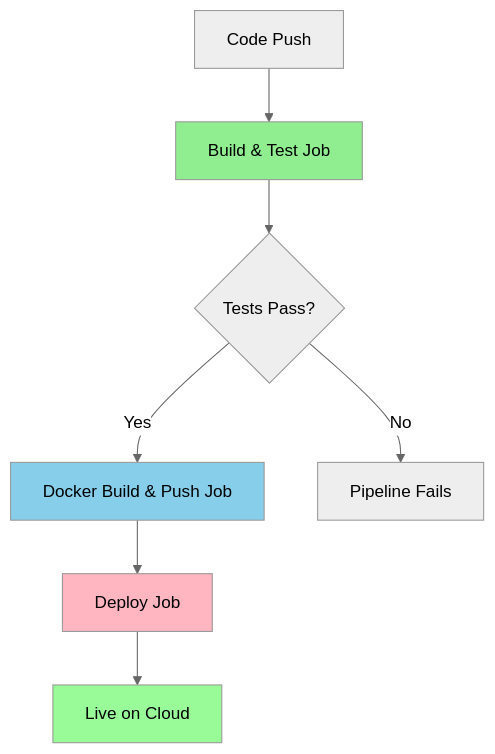
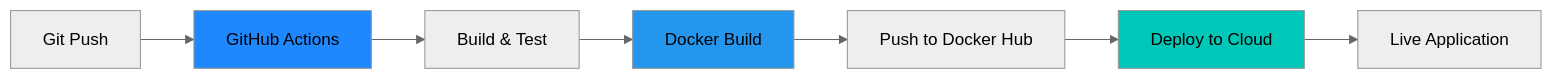
Before and after one commit to sahana196/CICD-Docker: the diagram in README.md, drawn with Mermaid (neutral theme). The commit also changed other lines of this file, not shown here.

````diff
--- a/README.md
+++ b/README.md
@@ -254,14 +24,13 @@
 ```mermaid
-graph TD
-    A[Code Push] --> B[Build & Test Job]
-    B --> C{Tests Pass?}
-    C -->|Yes| D[Docker Build & Push Job]
-    C -->|No| E[Pipeline Fails]
-    D --> F[Deploy Job]
-    F --> G[Live on Cloud]
+graph LR
+    A[Git Push] --> B[GitHub Actions]
+    B --> C[Build & Test]
+    C --> D[Docker Build]
+    D --> E[Push to Docker Hub]
+    E --> F[Deploy to Cloud]
+    F --> G[Live Application]
     
-    style B fill:#90EE90
-    style D fill:#87CEEB
-    style F fill:#FFB6C1
-    style G fill:#98FB98
+    style B fill:#2088FF
+    style D fill:#2496ED
+    style F fill:#00C7B7
 ```
````
